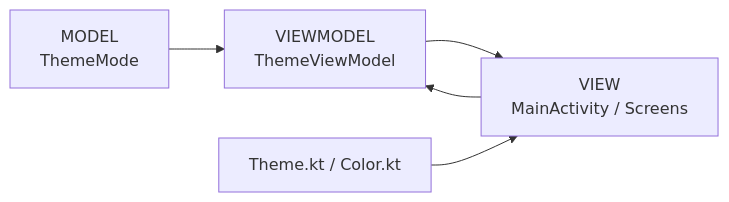
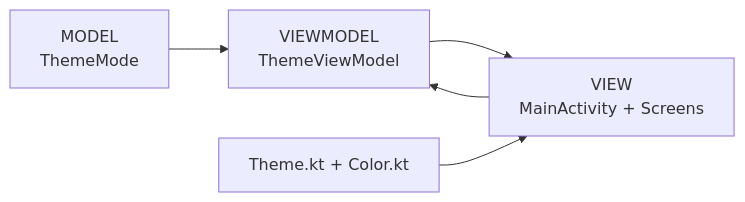
Before and after one commit to said7628/RIETI: the first of 2 diagrams in docs/Guias/ModoOscuro.md, drawn with Mermaid. The commit also changed other lines of this file, not shown here.

````diff
--- a/docs/Guias/ModoOscuro.md
+++ b/docs/Guias/ModoOscuro.md
@@ -62,7 +172,7 @@
 ```mermaid
 flowchart LR
     M["MODEL\nThemeMode"] --> VM["VIEWMODEL\nThemeViewModel"]
-    VM --> V["VIEW\nMainActivity / Screens"]
+    VM --> V["VIEW\nMainActivity + Screens"]
     V --> VM
-    T["Theme.kt / Color.kt"] --> V
+    T["Theme.kt + Color.kt"] --> V
 ```
````
